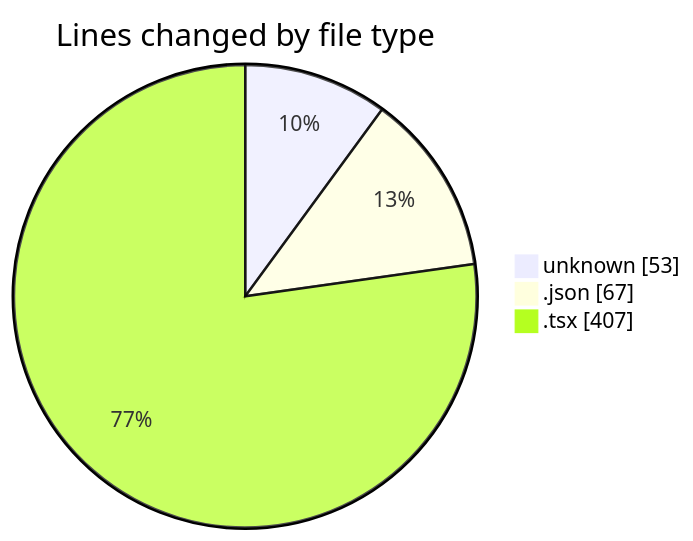
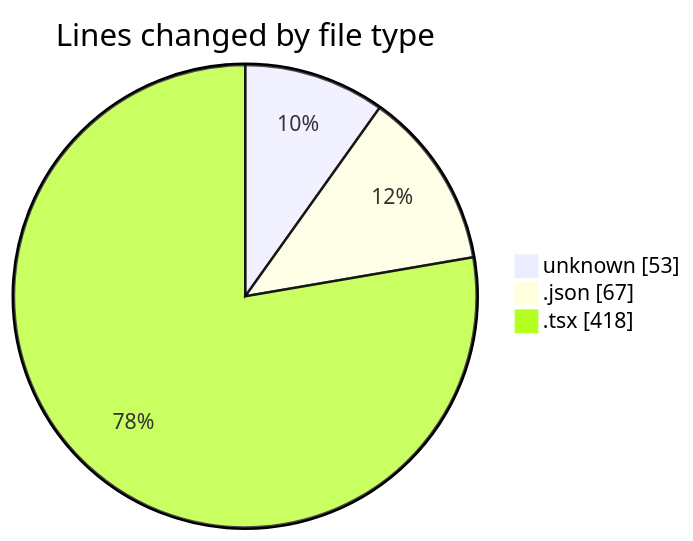
One commit to momahboobian/code-tracking changed the first of 2 diagrams in 2026-01-19/cda/README.md. Above: the diagram before and after it, drawn with Mermaid. The commit also changed other lines of this file and 1 other file, not shown here.

````diff
--- a/2026-01-19/cda/README.md
+++ b/2026-01-19/cda/README.md
@@ -22,7 +22,7 @@
 ```mermaid
 pie showData
 title Lines changed by file type
 "unknown" : 53
 ".json" : 67
-".tsx" : 407
+".tsx" : 418
 ```
````
